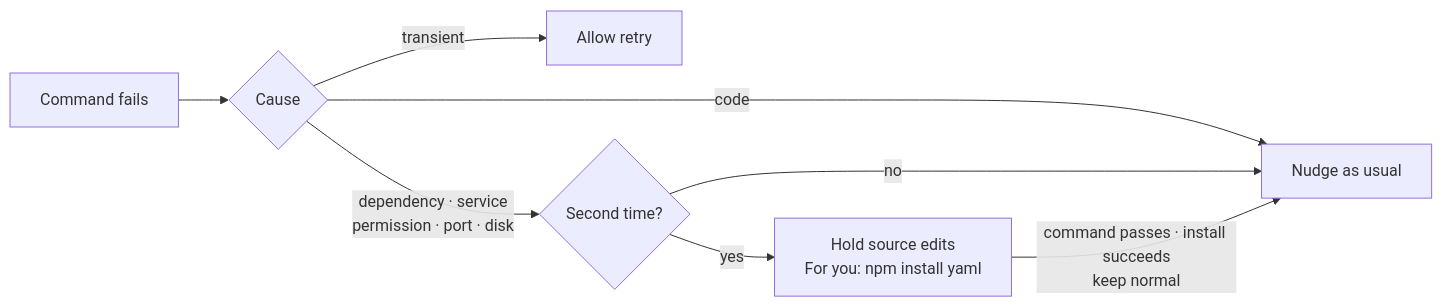
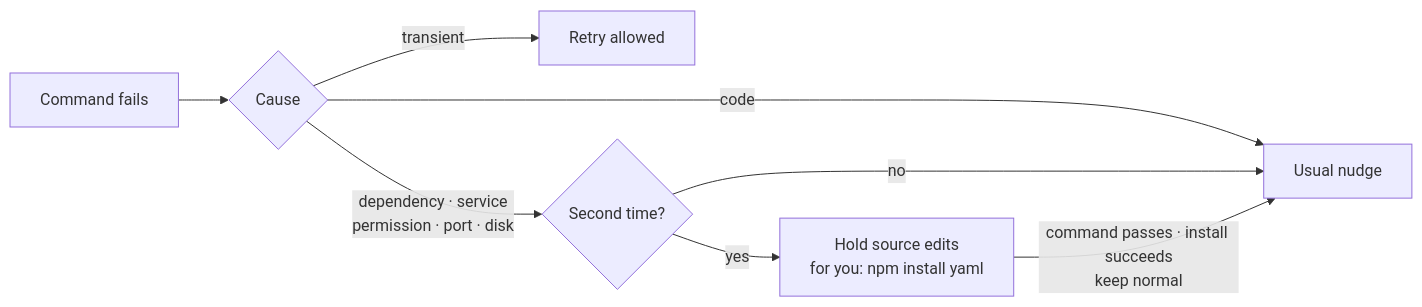
One commit to JinHo-von-Choi/anti-samcheonpo changed the second of 3 diagrams in README.en.md. Above: the diagram before and after it, drawn with Mermaid. The commit also changed other lines of this file and 3 other files, not shown here.

````diff
--- a/README.en.md
+++ b/README.en.md
@@ -99,10 +97,10 @@
 ```mermaid
 flowchart LR
     F[Command fails] --> C{Cause}
-    C -->|code| K[Nudge as usual]
-    C -->|transient| T[Allow retry]
+    C -->|code| K[Usual nudge]
+    C -->|transient| T[Retry allowed]
     C -->|dependency · service<br/>permission · port · disk| X{Second time?}
     X -->|no| K
-    X -->|yes| Z[Hold source edits<br/>For you: npm install yaml]
+    X -->|yes| Z[Hold source edits<br/>for you: npm install yaml]
     Z -->|command passes · install succeeds<br/>keep normal| K
 ```
````
